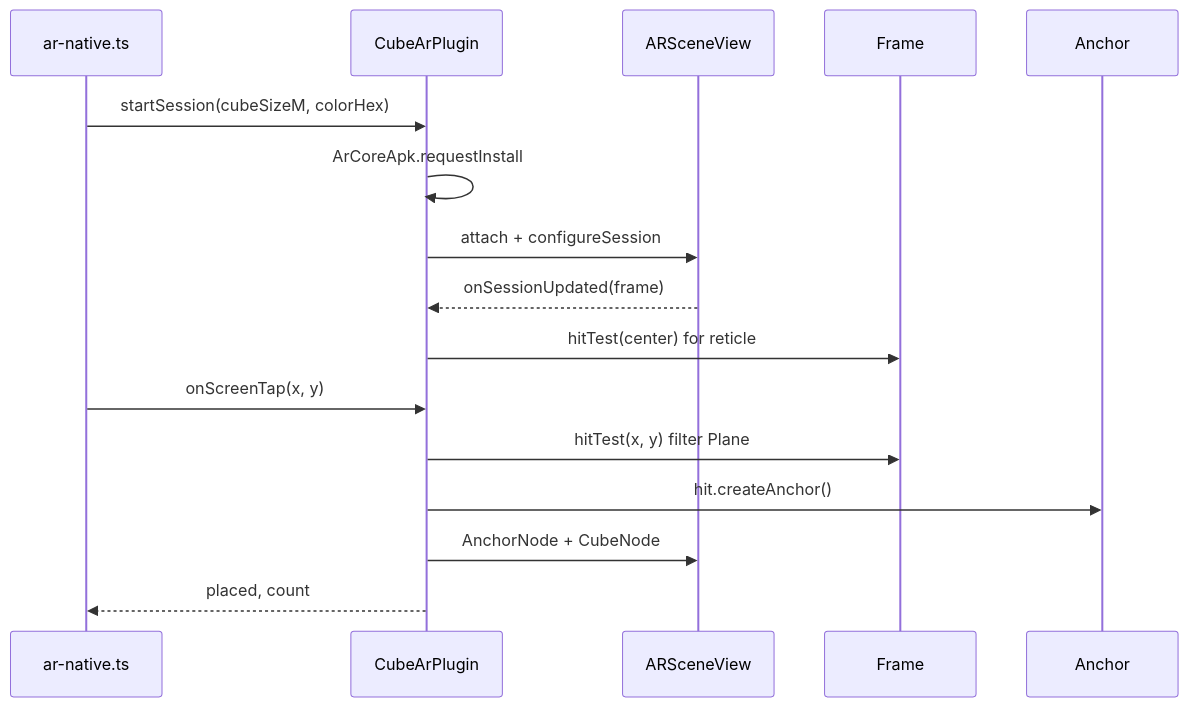
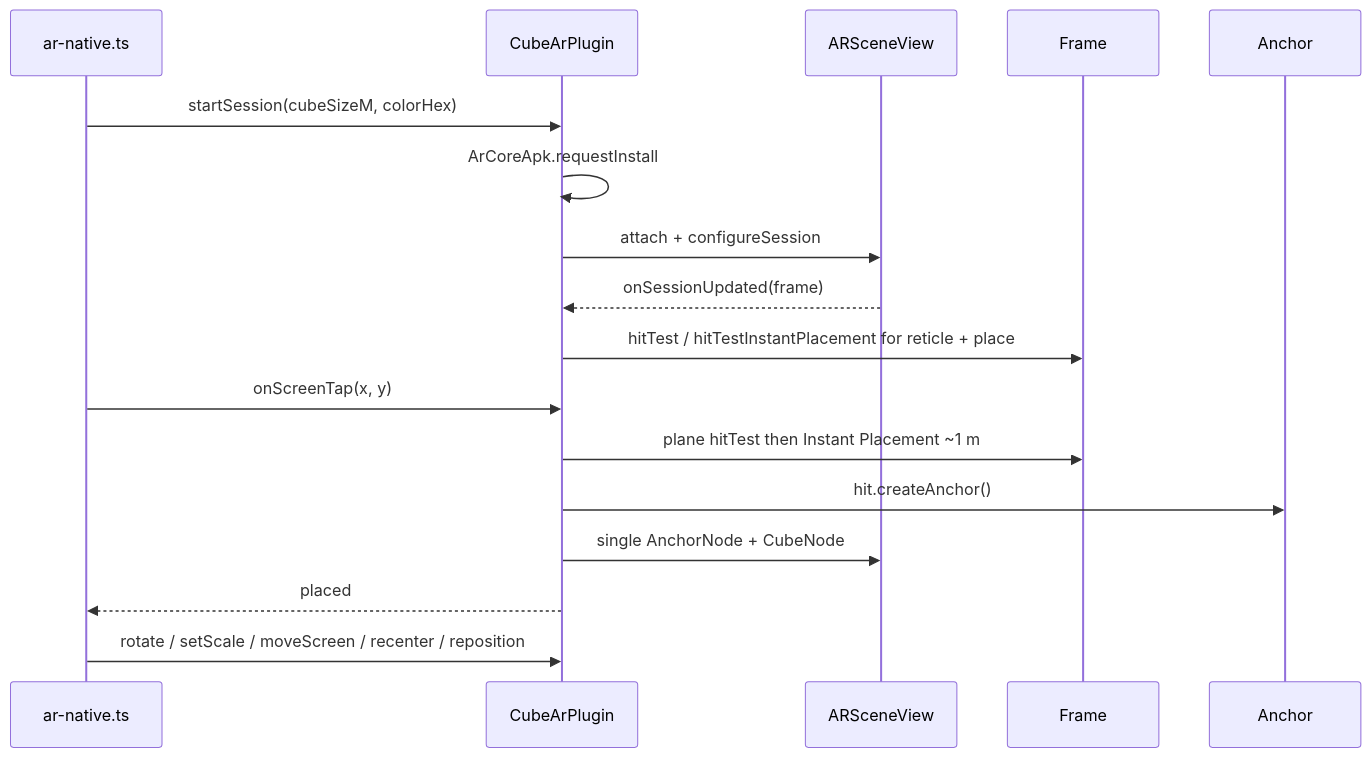
Before and after one commit to DeaconDP/Cross-Platform-AR: the second of 2 diagrams in plugins/cube-ar/android/ARCORE_API.md, drawn with Mermaid. The commit also changed other lines of this file and 24 other files, not shown here.

````diff
--- a/plugins/cube-ar/android/ARCORE_API.md
+++ b/plugins/cube-ar/android/ARCORE_API.md
@@ -148,19 +148,20 @@
 ```mermaid
 sequenceDiagram
   participant Web as ar-native.ts
   participant Plugin as CubeArPlugin
   participant SV as ARSceneView
   participant Frame as Frame
   participant Anchor as Anchor
 
   Web->>Plugin: startSession(cubeSizeM, colorHex)
   Plugin->>Plugin: ArCoreApk.requestInstall
   Plugin->>SV: attach + configureSession
   SV-->>Plugin: onSessionUpdated(frame)
-  Plugin->>Frame: hitTest(center) for reticle
+  Plugin->>Frame: hitTest / hitTestInstantPlacement for reticle + place
   Web->>Plugin: onScreenTap(x, y)
-  Plugin->>Frame: hitTest(x, y) filter Plane
+  Plugin->>Frame: plane hitTest then Instant Placement ~1 m
   Plugin->>Anchor: hit.createAnchor()
-  Plugin->>SV: AnchorNode + CubeNode
-  Plugin-->>Web: placed, count
+  Plugin->>SV: single AnchorNode + CubeNode
+  Plugin-->>Web: placed
+  Web->>Plugin: rotate / setScale / moveScreen / recenter / reposition
 ```
````
